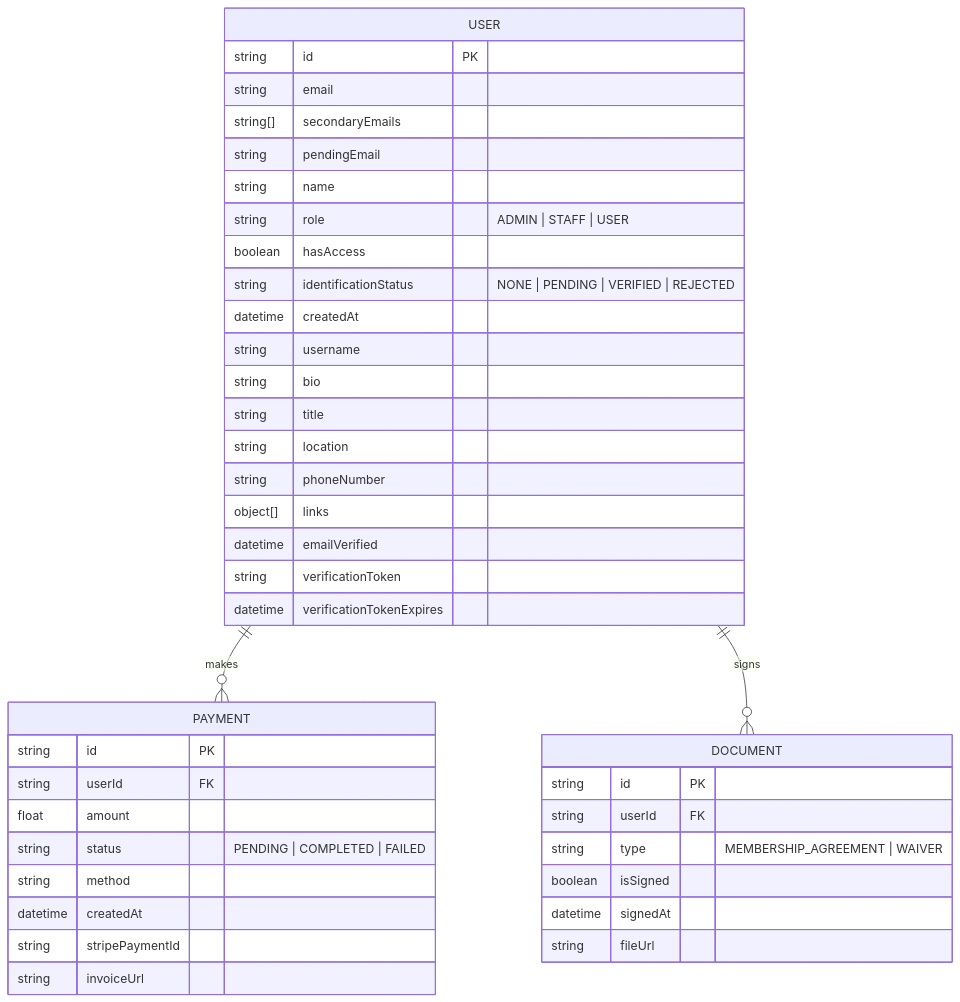
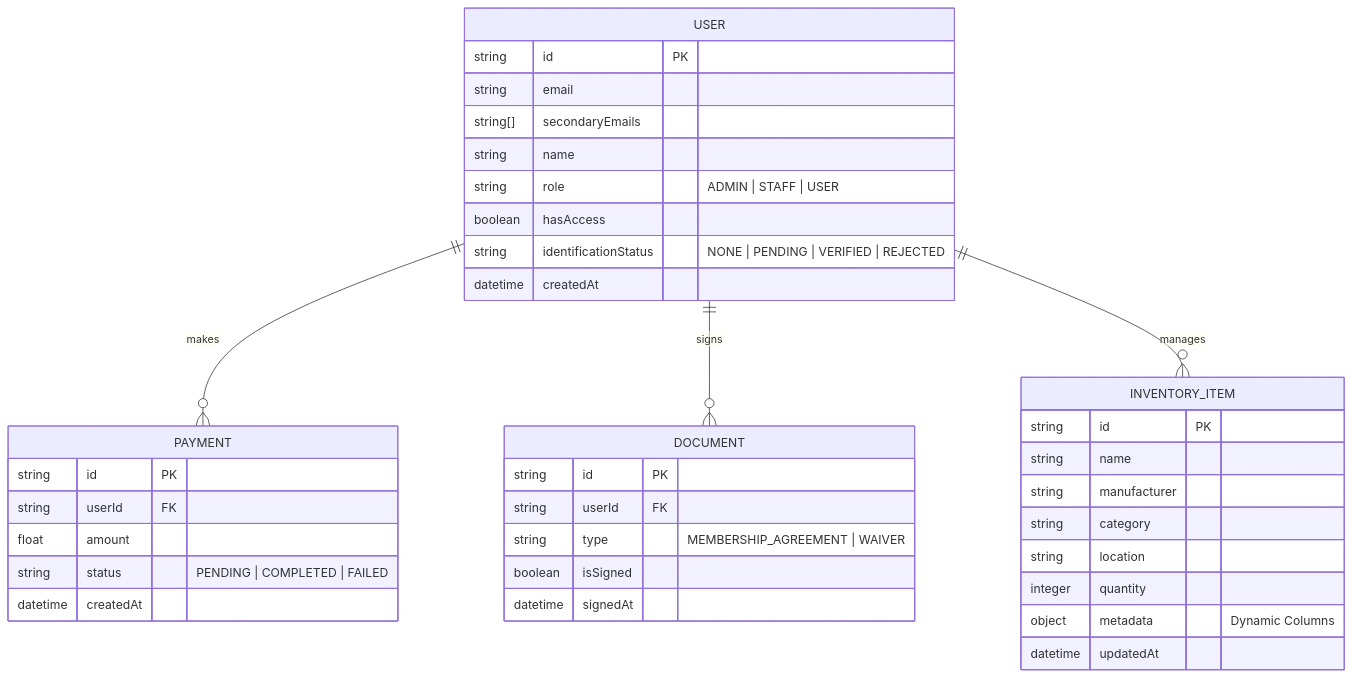
One commit to Ruhanpaco/prishtina-heackerspace changed the first of 8 diagrams in README.md. Above: the diagram before and after it, drawn with Mermaid. The commit also changed other lines of this file and 31 other files, not shown here.

````diff
--- a/README.md
+++ b/README.md
@@ -106,43 +112,40 @@
 ```mermaid
 erDiagram
     USER ||--o{ PAYMENT : makes
     USER ||--o{ DOCUMENT : signs
+    USER ||--o{ INVENTORY_ITEM : manages
     USER {
         string id PK
         string email
         string[] secondaryEmails
-        string pendingEmail
         string name
         string role "ADMIN | STAFF | USER"
         boolean hasAccess
         string identificationStatus "NONE | PENDING | VERIFIED | REJECTED"
         datetime createdAt
-        string username
-        string bio
-        string title
+    }
+    INVENTORY_ITEM {
+        string id PK
+        string name
+        string manufacturer
+        string category
         string location
-        string phoneNumber
-        object[] links
-        datetime emailVerified
-        string verificationToken
-        datetime verificationTokenExpires
+        integer quantity
+        object metadata "Dynamic Columns"
+        datetime updatedAt
     }
     PAYMENT {
         string id PK
         string userId FK
         float amount
         string status "PENDING | COMPLETED | FAILED"
-        string method
         datetime createdAt
-        string stripePaymentId
-        string invoiceUrl
     }
     DOCUMENT {
         string id PK
         string userId FK
         string type "MEMBERSHIP_AGREEMENT | WAIVER"
         boolean isSigned
         datetime signedAt
-        string fileUrl
     }
 ```
````
